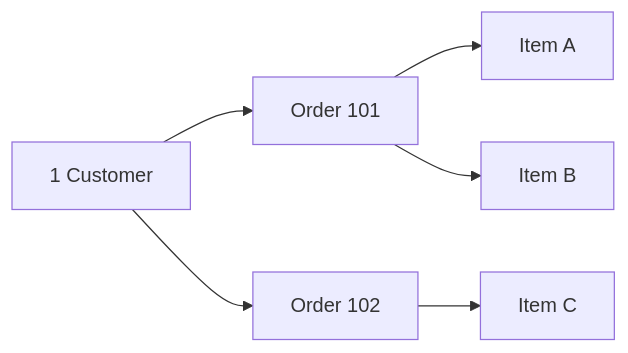
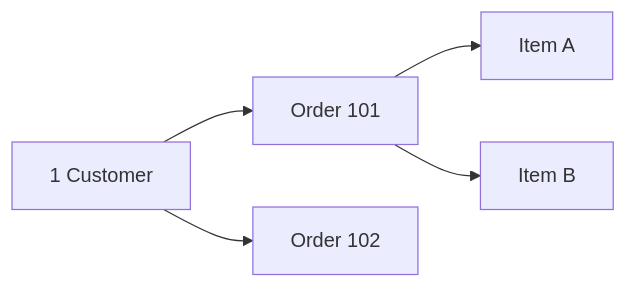
Before and after one commit to AvadhBhalodiya/Interview-Preparation: the third of 7 diagrams in src/content/databases/joins-subqueries-ctes.md, drawn with Mermaid. The commit also changed other lines of this file and 80 other files, not shown here.

````diff
--- a/src/content/databases/joins-subqueries-ctes.md
+++ b/src/content/databases/joins-subqueries-ctes.md
@@ -235,8 +325,7 @@
 ```mermaid
 flowchart LR
     C[1 Customer] --> O1[Order 101]
     C --> O2[Order 102]
     O1 --> I1[Item A]
     O1 --> I2[Item B]
-    O2 --> I3[Item C]
 ```
````
